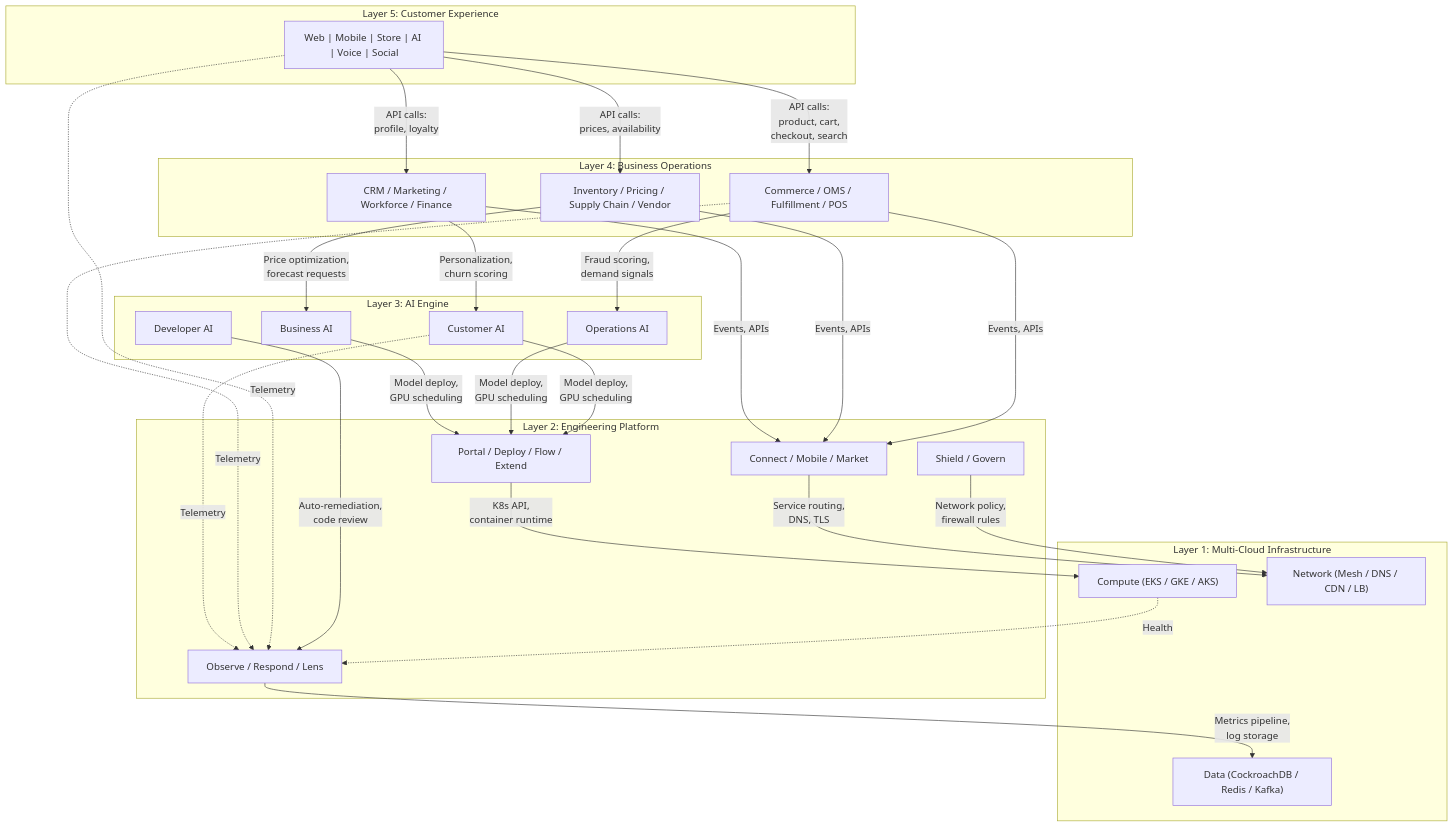
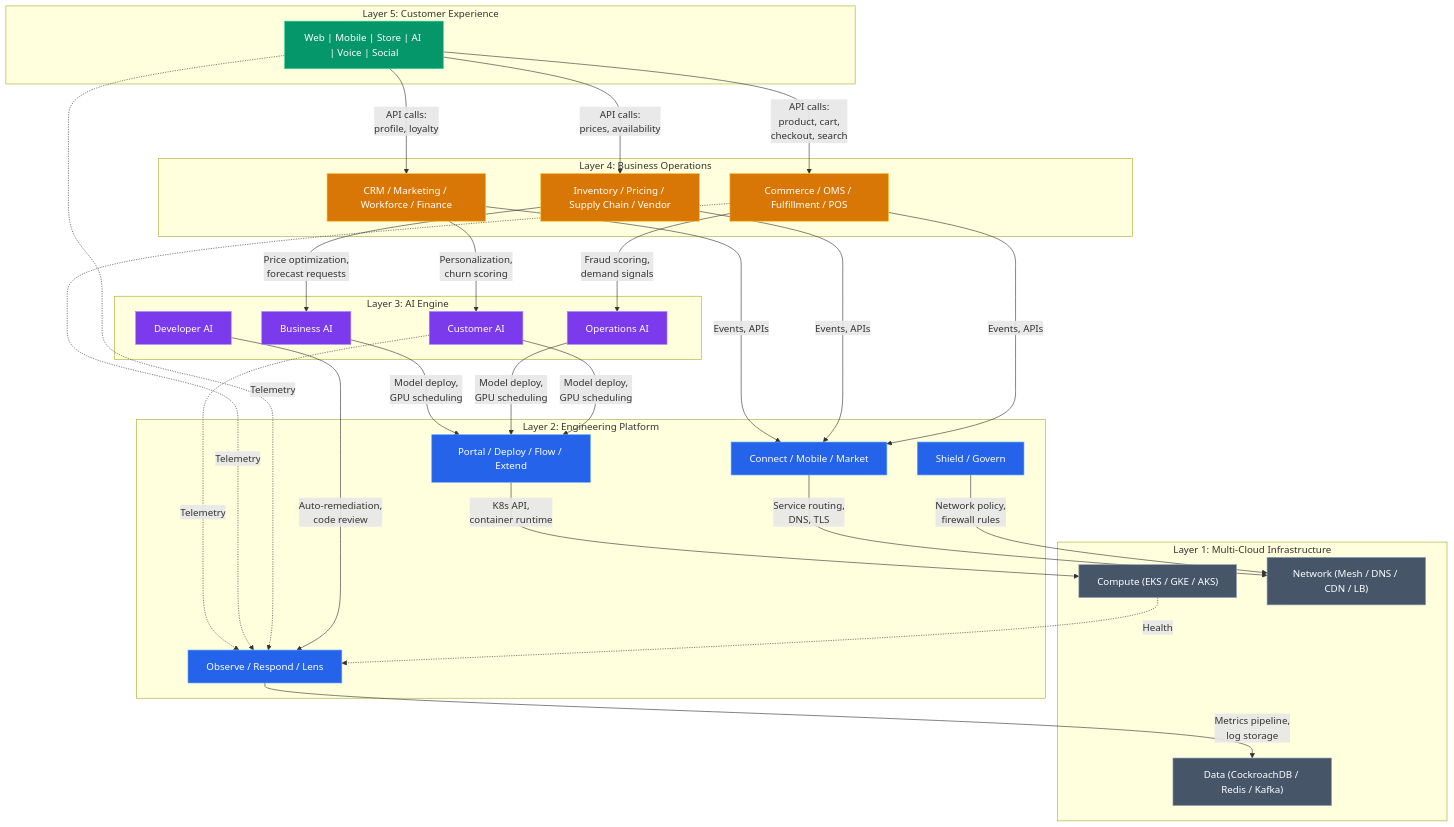
One commit to bcraavi/godseye changed the eighth of 8 diagrams in docs/architecture/five-layers.md. Above: the diagram before and after it, drawn with Mermaid. The commit also changed other lines of this file and 1 other file, not shown here.

First line of the commit message:
Color-code architecture diagrams by layer

````diff
--- a/docs/architecture/five-layers.md
+++ b/docs/architecture/five-layers.md
@@ -453,65 +545,77 @@
 ```mermaid
 flowchart TB
     subgraph L5["Layer 5: Customer Experience"]
         L5_Channels["Web | Mobile | Store | AI | Voice | Social"]
     end
 
     subgraph L4["Layer 4: Business Operations"]
         L4_Order["Commerce / OMS / Fulfillment / POS"]
         L4_Product["Inventory / Pricing / Supply Chain / Vendor"]
         L4_Customer["CRM / Marketing / Workforce / Finance"]
     end
 
     subgraph L3["Layer 3: AI Engine"]
         L3_CustAI["Customer AI"]
         L3_OpsAI["Operations AI"]
         L3_BizAI["Business AI"]
         L3_DevAI["Developer AI"]
     end
 
     subgraph L2["Layer 2: Engineering Platform"]
         L2_DevEx["Portal / Deploy / Flow / Extend"]
         L2_Ops["Observe / Respond / Lens"]
         L2_Sec["Shield / Govern"]
         L2_Int["Connect / Mobile / Market"]
     end
 
     subgraph L1["Layer 1: Multi-Cloud Infrastructure"]
         L1_Compute["Compute (EKS / GKE / AKS)"]
         L1_Data["Data (CockroachDB / Redis / Kafka)"]
         L1_Net["Network (Mesh / DNS / CDN / LB)"]
     end
 
     %% Layer 5 -> Layer 4 dependencies
     L5_Channels -- "API calls:\nproduct, cart,\ncheckout, search" --> L4_Order
     L5_Channels -- "API calls:\nprices, availability" --> L4_Product
     L5_Channels -- "API calls:\nprofile, loyalty" --> L4_Customer
 
     %% Layer 4 -> Layer 3 dependencies
     L4_Order -- "Fraud scoring,\ndemand signals" --> L3_OpsAI
     L4_Product -- "Price optimization,\nforecast requests" --> L3_BizAI
     L4_Customer -- "Personalization,\nchurn scoring" --> L3_CustAI
 
     %% Layer 4 -> Layer 2 dependencies
     L4_Order -- "Events, APIs" --> L2_Int
     L4_Product -- "Events, APIs" --> L2_Int
     L4_Customer -- "Events, APIs" --> L2_Int
 
     %% Layer 3 -> Layer 2 dependencies
     L3_CustAI -- "Model deploy,\nGPU scheduling" --> L2_DevEx
     L3_OpsAI -- "Model deploy,\nGPU scheduling" --> L2_DevEx
     L3_BizAI -- "Model deploy,\nGPU scheduling" --> L2_DevEx
     L3_DevAI -- "Auto-remediation,\ncode review" --> L2_Ops
 
     %% Layer 2 -> Layer 1 dependencies
     L2_DevEx -- "K8s API,\ncontainer runtime" --> L1_Compute
     L2_Ops -- "Metrics pipeline,\nlog storage" --> L1_Data
     L2_Sec -- "Network policy,\nfirewall rules" --> L1_Net
     L2_Int -- "Service routing,\nDNS, TLS" --> L1_Net
 
     %% Telemetry bypass (async, non-blocking)
     L5_Channels -. "Telemetry" .-> L2_Ops
     L4_Order -. "Telemetry" .-> L2_Ops
     L3_CustAI -. "Telemetry" .-> L2_Ops
     L1_Compute -. "Health" .-> L2_Ops
+
+    classDef green fill:#059669,stroke:#34d399,color:#fff
+    classDef amber fill:#d97706,stroke:#fbbf24,color:#fff
+    classDef purple fill:#7c3aed,stroke:#a78bfa,color:#fff
+    classDef blue fill:#2563eb,stroke:#60a5fa,color:#fff
+    classDef slate fill:#475569,stroke:#94a3b8,color:#fff
+
+    class L5_Channels green
+    class L4_Order,L4_Product,L4_Customer amber
+    class L3_CustAI,L3_OpsAI,L3_BizAI,L3_DevAI purple
+    class L2_DevEx,L2_Ops,L2_Sec,L2_Int blue
+    class L1_Compute,L1_Data,L1_Net slate
 ```
````
